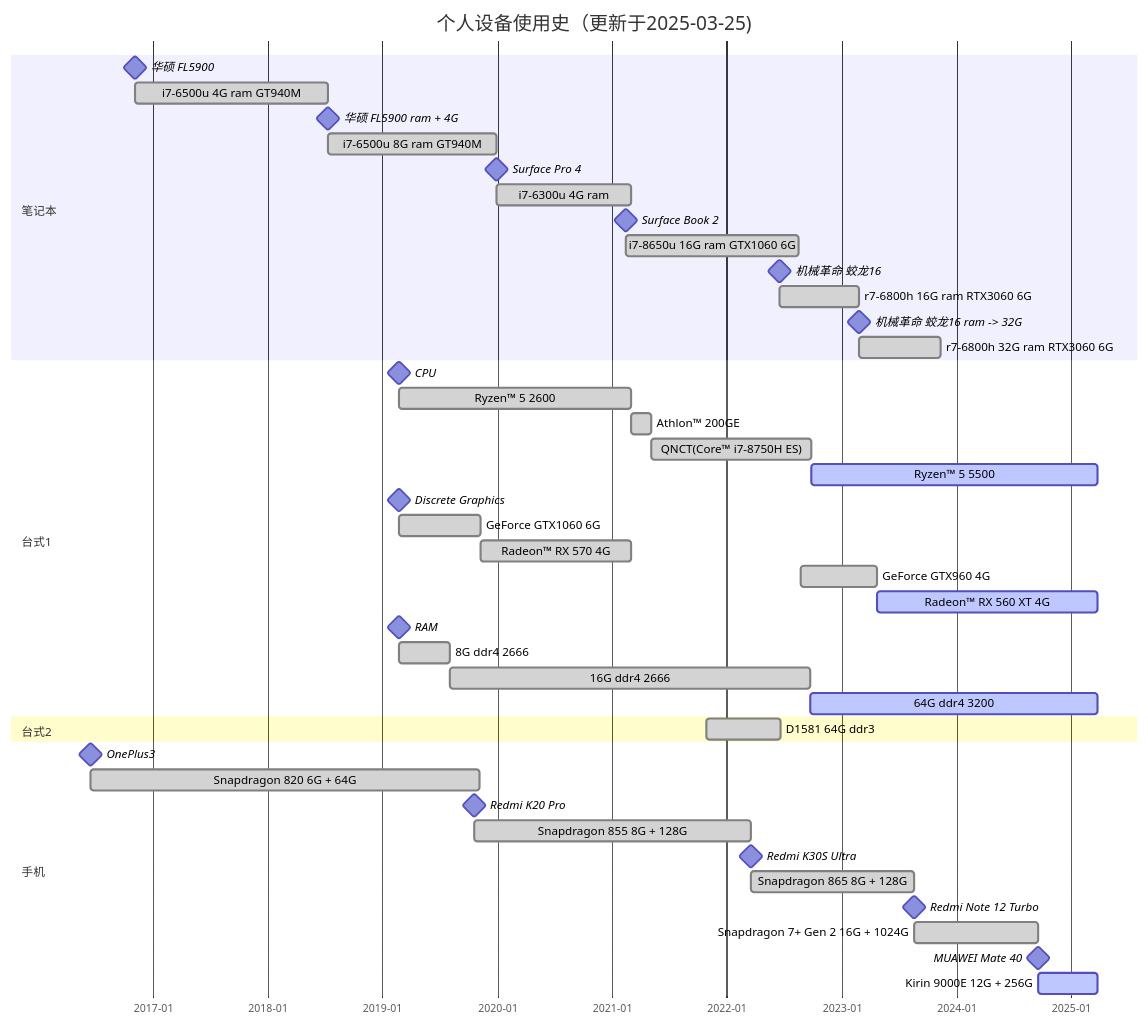
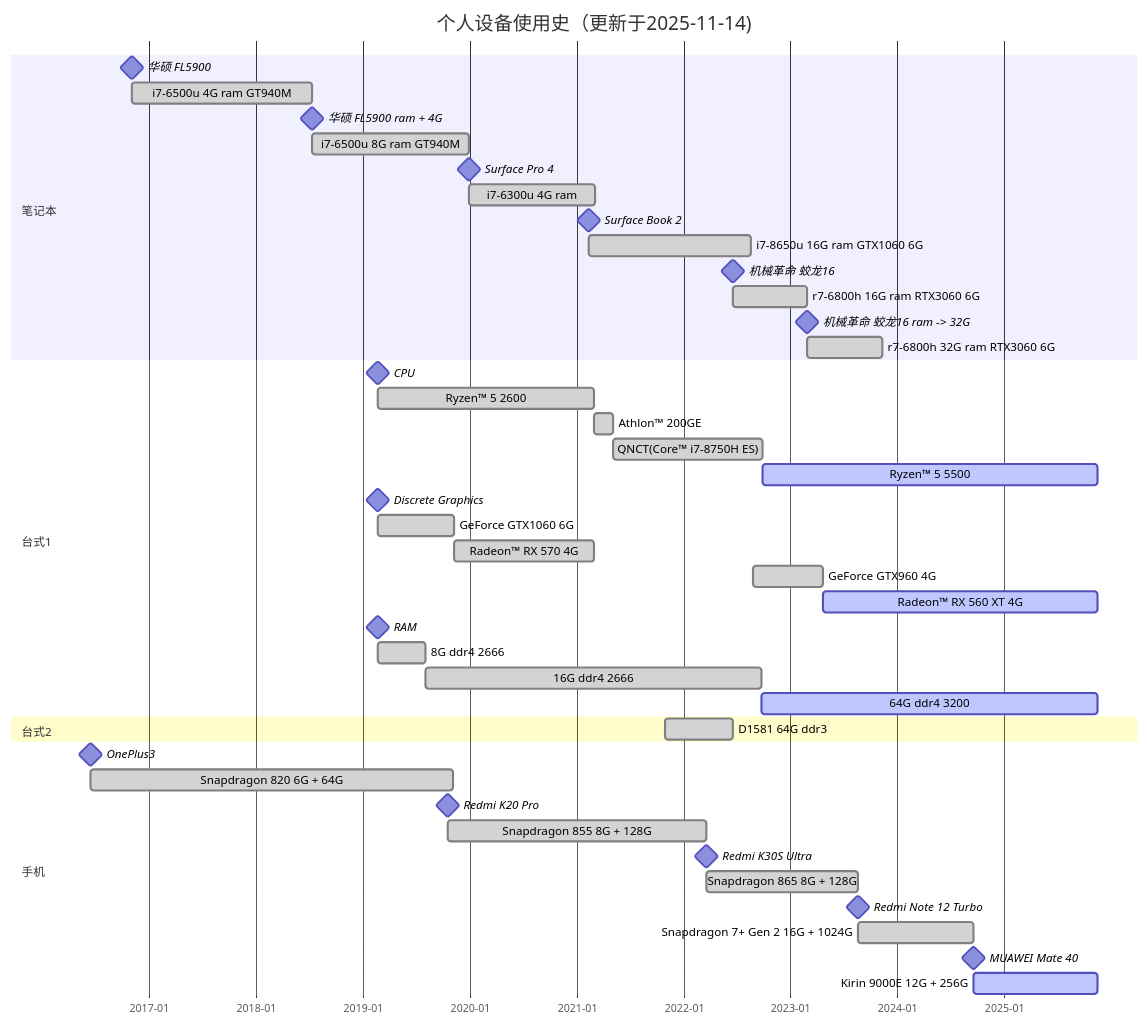
Before and after one commit to xuanyabulema/xuanyabulema.github.io: the diagram in source/microchip/index.md, drawn with Mermaid. The commit also changed 3 other files, not shown here.

````diff
--- a/source/microchip/index.md
+++ b/source/microchip/index.md
@@ -13,56 +13,56 @@
 ```mermaid
 gantt
-    title 个人设备使用史（更新于2025-03-25)
+    title 个人设备使用史（更新于2025-11-14)
     dateFormat  YYYY-MM-DD
     axisFormat  %Y-%m
     
     section 笔记本
     华硕 FL5900                                 :milestone, 2016-11-03, 0d
     i7-6500u  4G ram GT940M                     :done, 2016-11-03, 2018-07-13
     华硕 FL5900  ram + 4G                        :milestone, 2018-07-13, 0d
     i7-6500u  8G ram GT940M                     :done, 2018-07-13, 2019-12-29
     Surface Pro 4                               :milestone, 2019-12-29, 0d
     i7-6300u  4G ram                            :done, 2019-12-29, 2021-03-03
     Surface Book 2                              :milestone, 2021-02-12, 0d
     i7-8650u  16G ram  GTX1060 6G               :done, 2021-02-12, 2022-08-18
     机械革命 蛟龙16                               :milestone, 2022-06-17, 0d
     r7-6800h  16G ram    RTX3060 6G             :done, 2022-06-17, 2023-02-26
     机械革命 蛟龙16  ram -> 32G                   :milestone, 2023-02-26, 0d
     r7-6800h  32G ram    RTX3060 6G             :done, 2023-02-26, 2023-11-11
     
     
     section 台式1
     CPU                                         :milestone, 2019-02-22, 0d
     Ryzen™ 5 2600                               :done, 2019-02-22, 2021-03-01
     Athlon™ 200GE                               :done, 2021-03-01, 2021-05-04
     QNCT(Core™ i7-8750H ES)                     :done, 2021-05-04, 2022-09-26
-    Ryzen™ 5 5500                               :active, 2022-09-26, 2025-03-25
+    Ryzen™ 5 5500                               :active, 2022-09-26, 2025-11-14
     
     Discrete Graphics                           :milestone, 2019-02-22, 0d
     GeForce GTX1060 6G                          :done, 2019-02-22, 2019-11-10
     Radeon™ RX 570 4G                           :done, 2019-11-10, 2021-03-01
     GeForce GTX960 4G                           :done, 2022-08-25, 2023-04-23
-    Radeon™ RX 560 XT 4G                        :active, 2023-04-23, 2025-03-25
+    Radeon™ RX 560 XT 4G                        :active, 2023-04-23, 2025-11-14
     
     RAM                                         :milestone, 2019-02-22, 0d
     8G ddr4 2666                                :done, 2019-02-22, 2019-08-02
     16G ddr4 2666                               :done, 2019-08-02, 2022-09-22
-    64G ddr4 3200                               :active, 2022-09-22, 2025-03-25
+    64G ddr4 3200                               :active, 2022-09-22, 2025-11-14
     
     
     section 台式2
     D1581 64G ddr3                              :done, 2021-10-29,2022-06-19
     
     
     section 手机
     OnePlus3                                    :milestone, 2016-06-16, 0d
     Snapdragon 820 6G + 64G                     :done, 2016-06-16, 2019-11-06
     Redmi K20 Pro                               :milestone, 2019-10-19, 0d
     Snapdragon 855  8G + 128G                   :done, 2019-10-19, 2022-03-18
     Redmi K30S Ultra                            :milestone, 2022-03-18, 0d
     Snapdragon 865  8G + 128G                   :done, 2022-03-18, 2023-08-19
     Redmi Note 12 Turbo                         :milestone, 2023-08-19, 0d
     Snapdragon 7+ Gen 2  16G + 1024G            :done, 2023-08-19, 2024-09-18
     MUAWEI Mate 40                              :milestone, 2024-09-18, 0d
-    Kirin 9000E    12G + 256G                   :active, 2024-09-18, 2025-03-25
+    Kirin 9000E    12G + 256G                   :active, 2024-09-18, 2025-11-14
 ```
````
